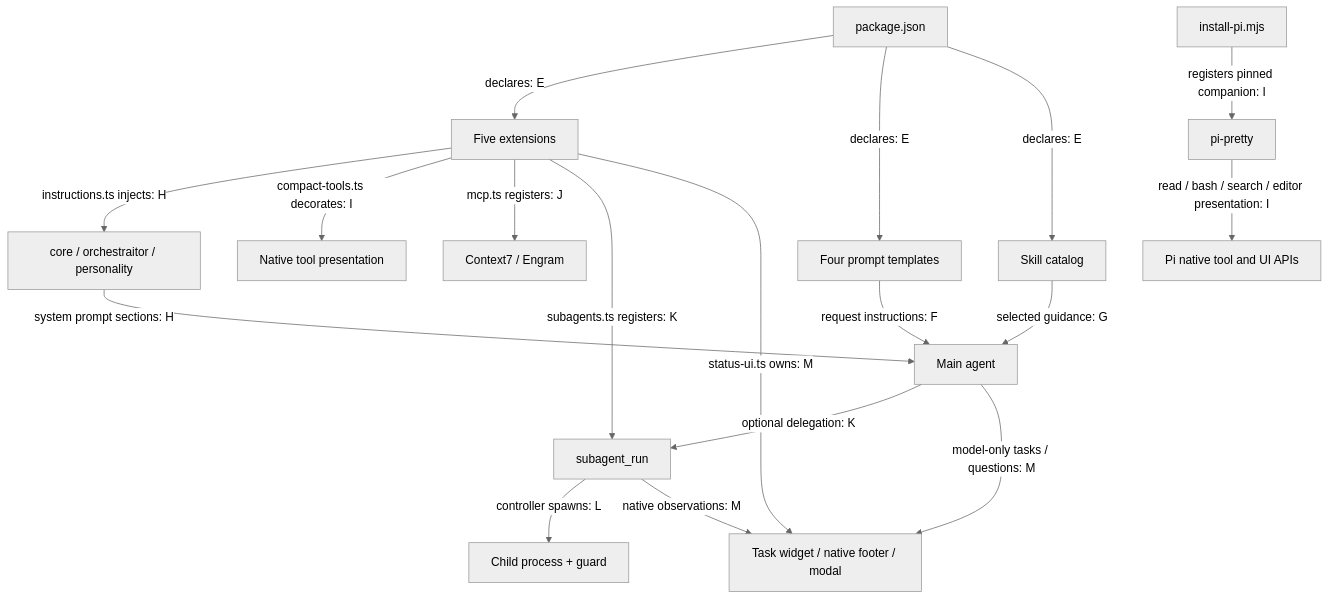
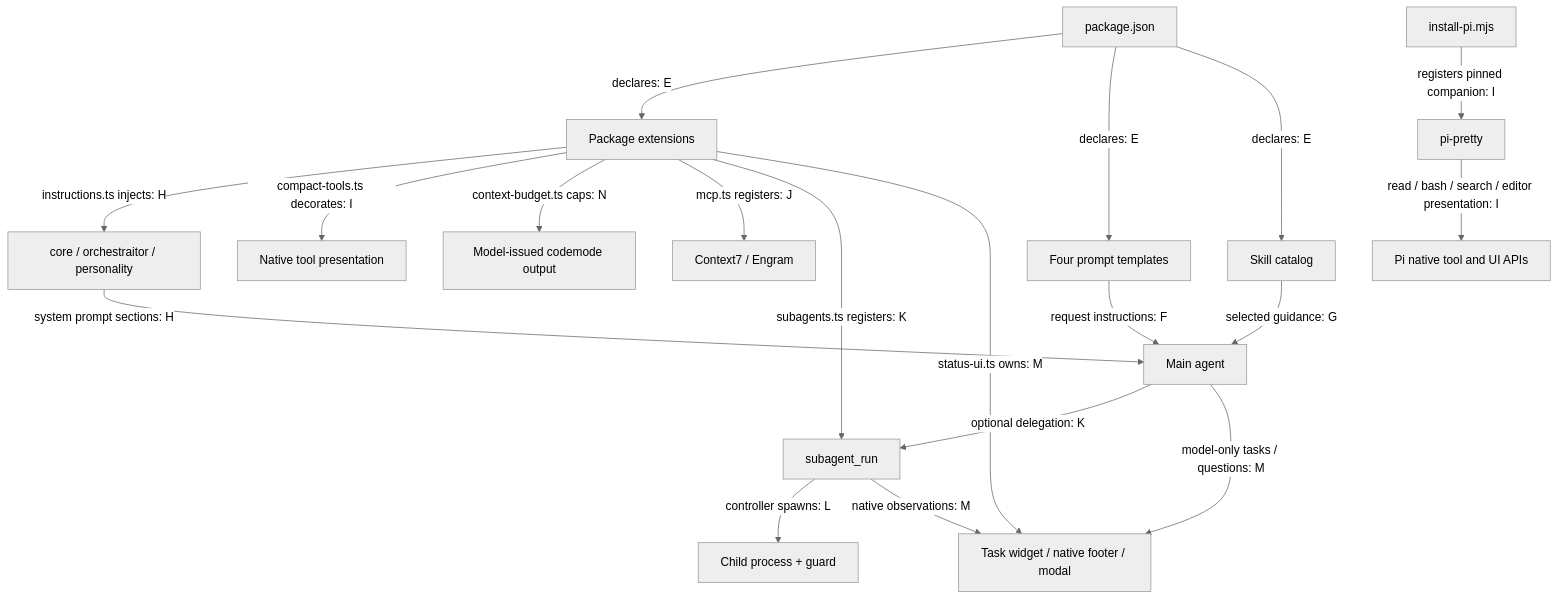
Before and after one commit to andresnator/pi-orchestraitor: the second of 2 diagrams in docs/architecture/index.md, drawn with Mermaid (neutral theme). The commit also changed other lines of this file and 41 other files, not shown here.

````diff
--- a/docs/architecture/index.md
+++ b/docs/architecture/index.md
@@ -37,20 +37,21 @@
 ```mermaid
 flowchart TB
-  M[package.json] -->|declares: E| X[Five extensions]
+  M[package.json] -->|declares: E| X[Package extensions]
   M -->|declares: E| P[Four prompt templates]
   M -->|declares: E| S[Skill catalog]
   P -->|request instructions: F| A[Main agent]
   S -->|selected guidance: G| A
   X -->|instructions.ts injects: H| I[core / orchestraitor / personality]
   I -->|system prompt sections: H| A
   X -->|compact-tools.ts decorates: I| T[Native tool presentation]
+  X -->|context-budget.ts caps: N| CB[Model-issued codemode output]
   INS[install-pi.mjs] -->|registers pinned companion: I| PP[pi-pretty]
   PP -->|read / bash / search / editor presentation: I| PUI[Pi native tool and UI APIs]
   X -->|mcp.ts registers: J| MCP[Context7 / Engram]
   X -->|subagents.ts registers: K| SR[subagent_run]
   A -->|optional delegation: K| SR
   SR -->|controller spawns: L| CH[Child process + guard]
   X -->|status-ui.ts owns: M| UI[Task widget / native footer / modal]
   SR -->|native observations: M| UI
   A -->|model-only tasks / questions: M| UI
 ```
````
